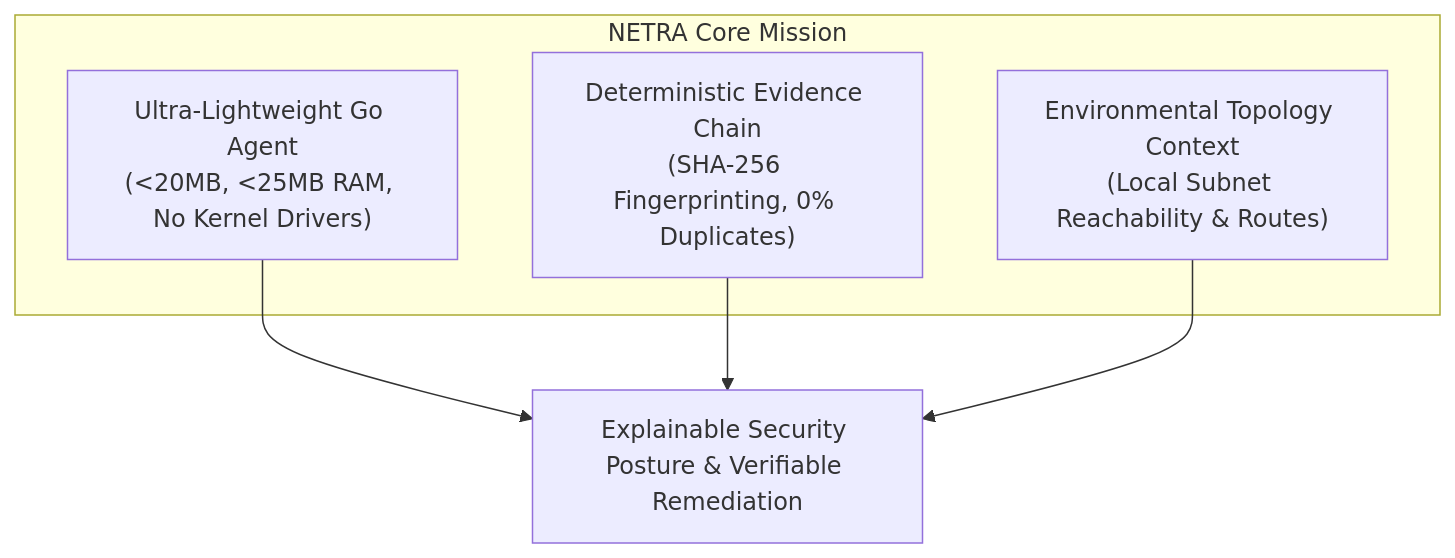
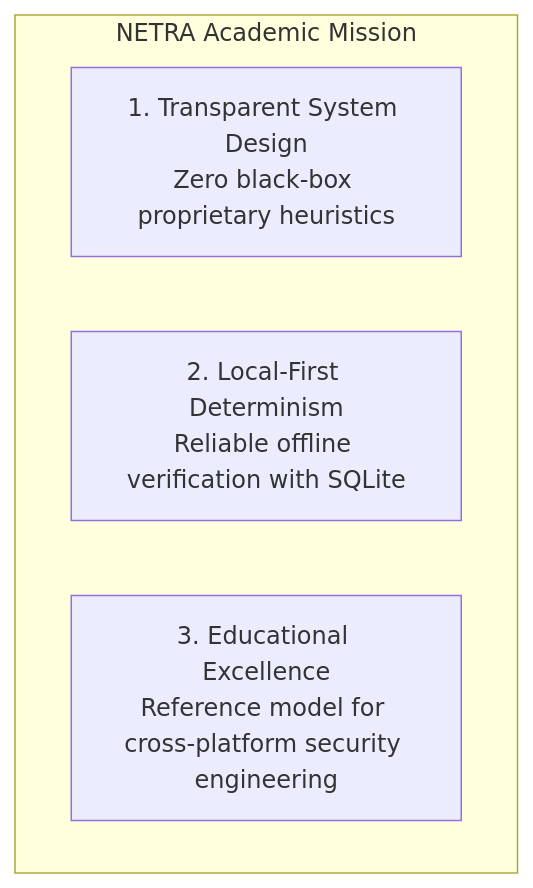
The first of 5 diagrams in docs/PRD.md (Subhadip-Paul2006/NETRA-Backend), drawn with Mermaid before and after one commit. The commit also changed other lines of this file and 15 other files, not shown here.

Commit message:
docs: establish authoritative open-source academic architecture & technical specification suite

````diff
--- a/docs/PRD.md
+++ b/docs/PRD.md
@@ -38,11 +33,8 @@
 ```mermaid
 flowchart TD
-    subgraph Mission["NETRA Core Mission"]
-        P1["Ultra-Lightweight Go Agent<br/>(<20MB, <25MB RAM, No Kernel Drivers)"]
-        P2["Deterministic Evidence Chain<br/>(SHA-256 Fingerprinting, 0% Duplicates)"]
-        P3["Environmental Topology Context<br/>(Local Subnet Reachability & Routes)"]
+    subgraph Mission["NETRA Academic Mission"]
+        P1["1. Transparent System Design<br/>Zero black-box proprietary heuristics"]
+        P2["2. Local-First Determinism<br/>Reliable offline verification with SQLite"]
+        P3["3. Educational Excellence<br/>Reference model for cross-platform security engineering"]
     end
-    P1 --> Solution["Explainable Security Posture & Verifiable Remediation"]
-    P2 --> Solution
-    P3 --> Solution
 ```
````
